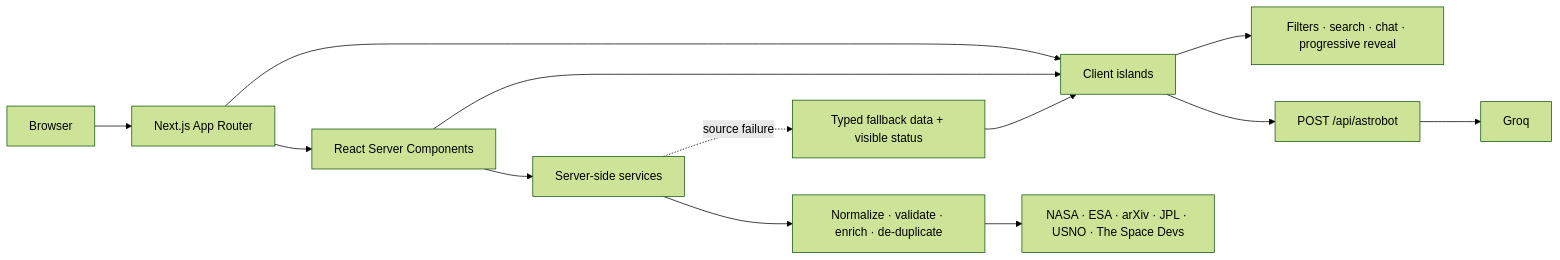
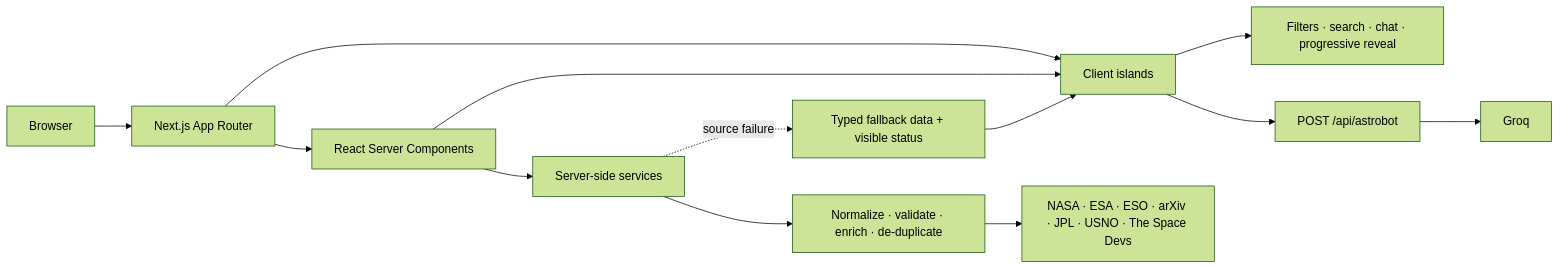
The diagram in README.md (khushalx/astroboat-v2), drawn with Mermaid (forest theme) before and after one commit. The commit also changed other lines of this file and 9 other files, not shown here.

````diff
--- a/README.md
+++ b/README.md
@@ -140,15 +155,15 @@
 ```mermaid
 flowchart LR
     U["Browser"] --> R["Next.js App Router"]
     R --> S["React Server Components"]
     R --> C["Client islands"]
     S --> V["Server-side services"]
     V --> N["Normalize · validate · enrich · de-duplicate"]
-    N --> D["NASA · ESA · arXiv · JPL · USNO · The Space Devs"]
+    N --> D["NASA · ESA · ESO · arXiv · JPL · USNO · The Space Devs"]
     S --> C
     C --> UI["Filters · search · chat · progressive reveal"]
     C --> A["POST /api/astrobot"]
     A --> G["Groq"]
     V -. source failure .-> F["Typed fallback data + visible status"]
     F --> C
 ```
````
